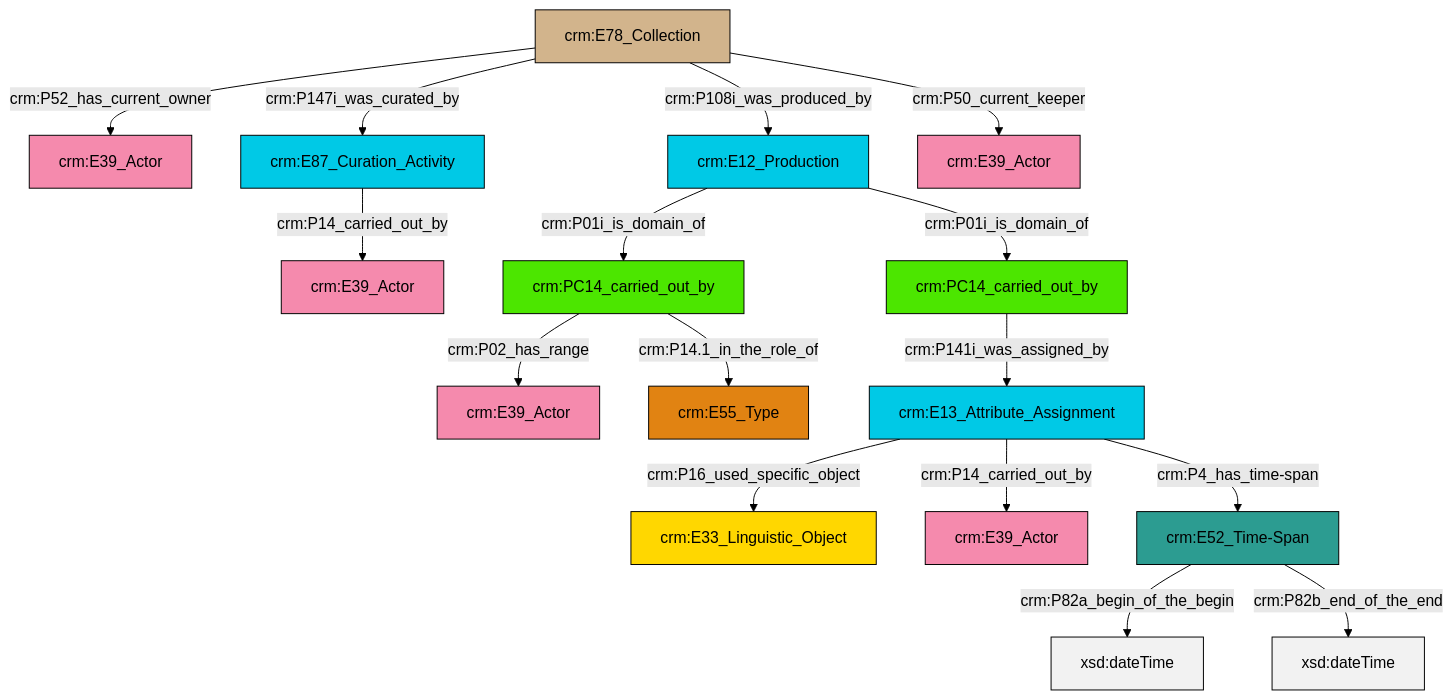
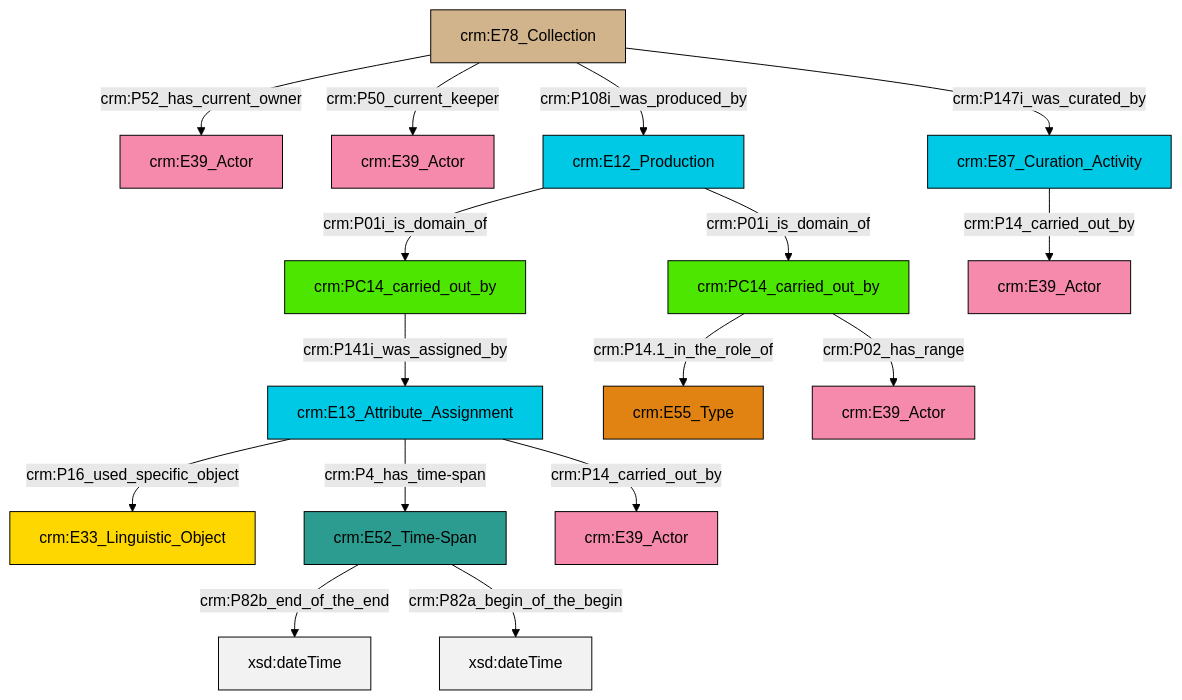
One commit to swiss-art-research-net/docs.swissartresearch changed the diagram in et/archivalCSV/ttl/mmd/archival_relation.ttl.mmd. Above: the diagram before and after it, drawn with Mermaid (forest theme). The commit also changed 188 other files, not shown here.

```diff
--- a/et/archivalCSV/ttl/mmd/archival_relation.ttl.mmd
+++ b/et/archivalCSV/ttl/mmd/archival_relation.ttl.mmd
@@ -1,30 +1,30 @@
 graph TD
 classDef Literal fill:#f2f2f2,stroke:#000000;
 classDef CRM_Entity fill:#FFFFFF,stroke:#000000;
 classDef Temporal_Entity fill:#00C9E6, stroke:#000000;
 classDef Type fill:#E18312, stroke:#000000;
 classDef Time-Span fill:#2C9C91, stroke:#000000;
 classDef Appellation fill:#FFEB7F, stroke:#000000;
 classDef Place fill:#008836, stroke:#000000;
 classDef Persistent_Item fill:#B266B2, stroke:#000000;
 classDef Conceptual_Object fill:#FFD700, stroke:#000000;
 classDef Physical_Thing fill:#D2B48C, stroke:#000000;
 classDef Actor fill:#f58aad, stroke:#000000;
 classDef PC_Classes fill:#4ce600, stroke:#000000;
 classDef Multi fill:#cccccc,stroke:#000000;
 
-0["crm:E78_Collection"]:::Physical_Thing -->|crm:P52_has_current_owner| 1["crm:E39_Actor"]:::Actor
-4["crm:E87_Curation_Activity"]:::Temporal_Entity -->|crm:P14_carried_out_by| 5["crm:E39_Actor"]:::Actor
-6["crm:E13_Attribute_Assignment"]:::Temporal_Entity -->|crm:P16_used_specific_object| 7["crm:E33_Linguistic_Object"]:::Conceptual_Object
-2["crm:PC14_carried_out_by"]:::PC_Classes -->|crm:P141i_was_assigned_by| 6["crm:E13_Attribute_Assignment"]:::Temporal_Entity
-0["crm:E78_Collection"]:::Physical_Thing -->|crm:P147i_was_curated_by| 4["crm:E87_Curation_Activity"]:::Temporal_Entity
-0["crm:E78_Collection"]:::Physical_Thing -->|crm:P108i_was_produced_by| 11["crm:E12_Production"]:::Temporal_Entity
-11["crm:E12_Production"]:::Temporal_Entity -->|crm:P01i_is_domain_of| 14["crm:PC14_carried_out_by"]:::PC_Classes
-17["crm:E52_Time-Span"]:::Time-Span -->|crm:P82a_begin_of_the_begin| 18[xsd:dateTime]:::Literal
-14["crm:PC14_carried_out_by"]:::PC_Classes -->|crm:P02_has_range| 19["crm:E39_Actor"]:::Actor
-11["crm:E12_Production"]:::Temporal_Entity -->|crm:P01i_is_domain_of| 2["crm:PC14_carried_out_by"]:::PC_Classes
-6["crm:E13_Attribute_Assignment"]:::Temporal_Entity -->|crm:P14_carried_out_by| 22["crm:E39_Actor"]:::Actor
-6["crm:E13_Attribute_Assignment"]:::Temporal_Entity -->|crm:P4_has_time-span| 17["crm:E52_Time-Span"]:::Time-Span
-14["crm:PC14_carried_out_by"]:::PC_Classes -->|crm:P14.1_in_the_role_of| 15["crm:E55_Type"]:::Type
-0["crm:E78_Collection"]:::Physical_Thing -->|crm:P50_current_keeper| 8["crm:E39_Actor"]:::Actor
-17["crm:E52_Time-Span"]:::Time-Span -->|crm:P82b_end_of_the_end| 25[xsd:dateTime]:::Literal
+0["crm:E52_Time-Span"]:::Time-Span -->|crm:P82b_end_of_the_end| 2[xsd:dateTime]:::Literal
+3["crm:E78_Collection"]:::Physical_Thing -->|crm:P52_has_current_owner| 4["crm:E39_Actor"]:::Actor
+10["crm:PC14_carried_out_by"]:::PC_Classes -->|crm:P14.1_in_the_role_of| 11["crm:E55_Type"]:::Type
+3["crm:E78_Collection"]:::Physical_Thing -->|crm:P50_current_keeper| 14["crm:E39_Actor"]:::Actor
+10["crm:PC14_carried_out_by"]:::PC_Classes -->|crm:P02_has_range| 15["crm:E39_Actor"]:::Actor
+3["crm:E78_Collection"]:::Physical_Thing -->|crm:P108i_was_produced_by| 16["crm:E12_Production"]:::Temporal_Entity
+0["crm:E52_Time-Span"]:::Time-Span -->|crm:P82a_begin_of_the_begin| 21[xsd:dateTime]:::Literal
+16["crm:E12_Production"]:::Temporal_Entity -->|crm:P01i_is_domain_of| 8["crm:PC14_carried_out_by"]:::PC_Classes
+16["crm:E12_Production"]:::Temporal_Entity -->|crm:P01i_is_domain_of| 10["crm:PC14_carried_out_by"]:::PC_Classes
+8["crm:PC14_carried_out_by"]:::PC_Classes -->|crm:P141i_was_assigned_by| 12["crm:E13_Attribute_Assignment"]:::Temporal_Entity
+12["crm:E13_Attribute_Assignment"]:::Temporal_Entity -->|crm:P16_used_specific_object| 6["crm:E33_Linguistic_Object"]:::Conceptual_Object
+12["crm:E13_Attribute_Assignment"]:::Temporal_Entity -->|crm:P4_has_time-span| 0["crm:E52_Time-Span"]:::Time-Span
+26["crm:E87_Curation_Activity"]:::Temporal_Entity -->|crm:P14_carried_out_by| 22["crm:E39_Actor"]:::Actor
+12["crm:E13_Attribute_Assignment"]:::Temporal_Entity -->|crm:P14_carried_out_by| 19["crm:E39_Actor"]:::Actor
+3["crm:E78_Collection"]:::Physical_Thing -->|crm:P147i_was_curated_by| 26["crm:E87_Curation_Activity"]:::Temporal_Entity
```
